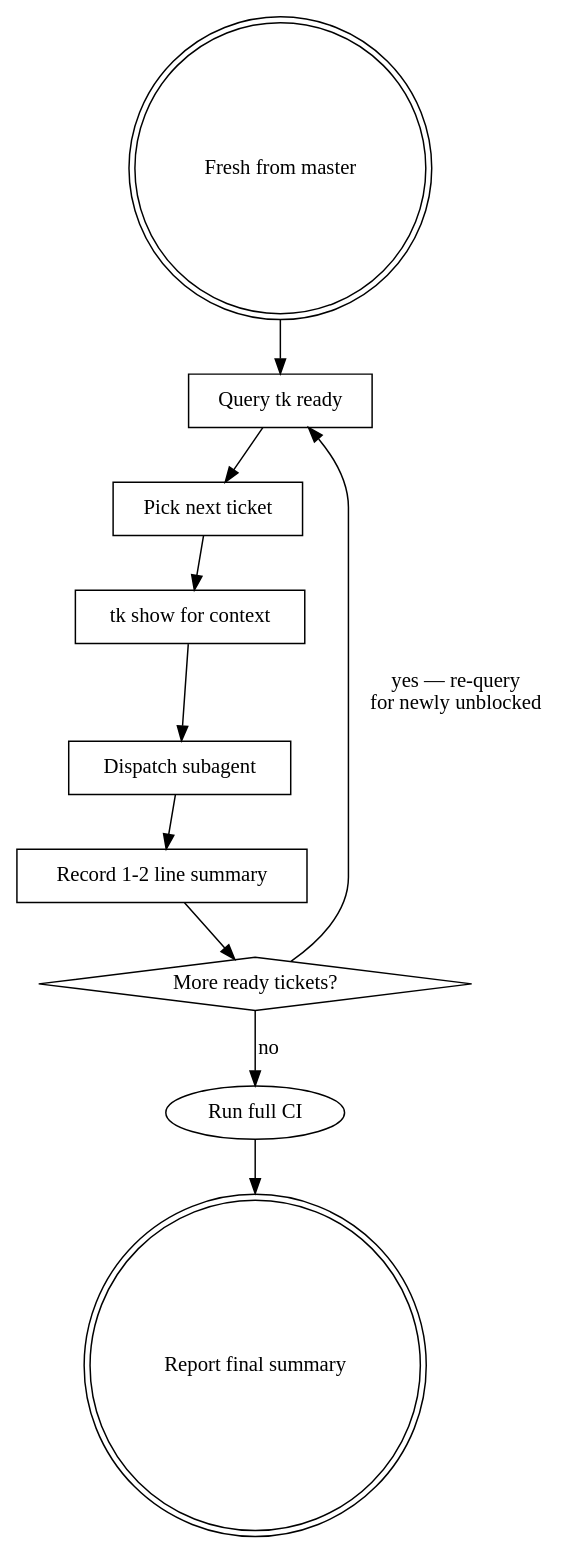
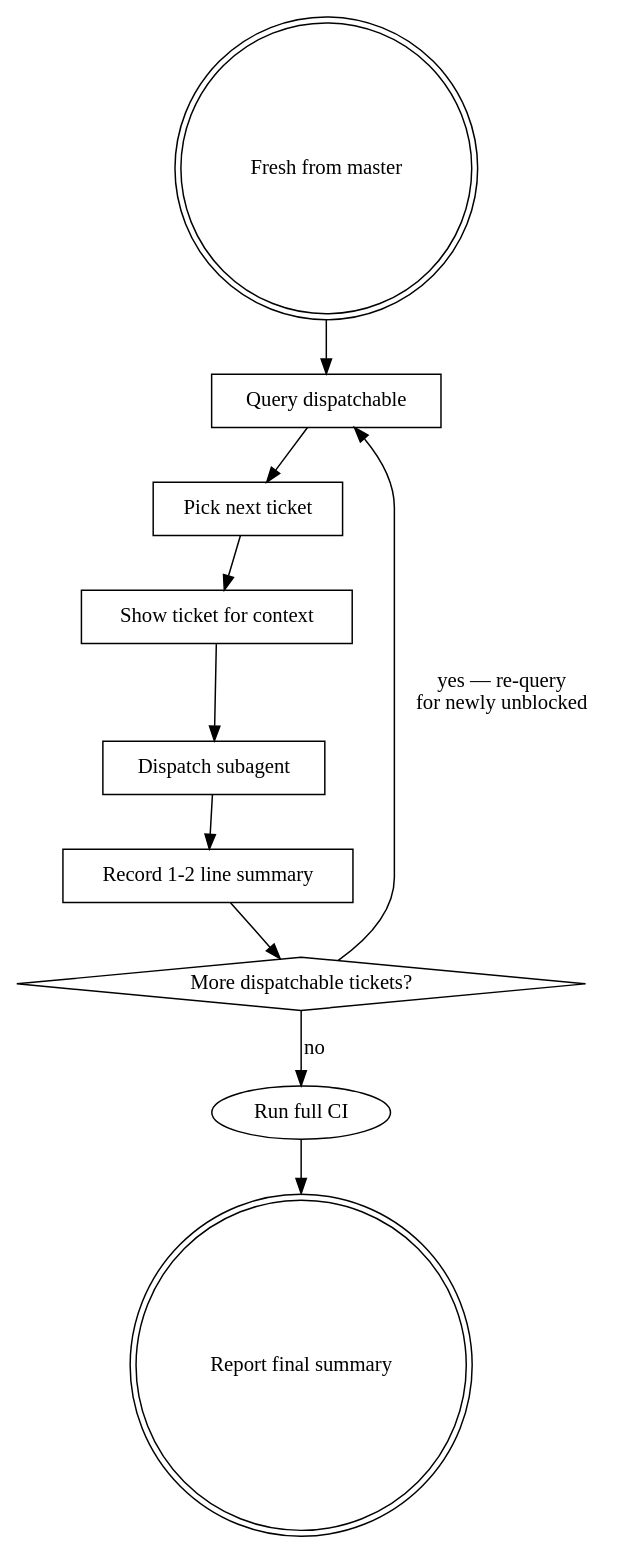
The diagram in containers/claude-worker/all-skills/tk:agents/SKILL.md (cmaher/ur), drawn with Graphviz before and after one commit. The commit also changed other lines of this file and 25 other files, not shown here.

````diff
--- a/containers/claude-worker/all-skills/tk:agents/SKILL.md
+++ b/containers/claude-worker/all-skills/tk:agents/SKILL.md
@@ -40,22 +40,22 @@
 ```dot
 digraph tickets_agents {
     "Fresh from master" [shape=doublecircle];
-    "Query tk ready" [shape=box];
+    "Query dispatchable" [shape=box];
     "Pick next ticket" [shape=box];
-    "tk show for context" [shape=box];
+    "Show ticket for context" [shape=box];
     "Dispatch subagent" [shape=box];
     "Record 1-2 line summary" [shape=box];
-    "More ready tickets?" [shape=diamond];
+    "More dispatchable tickets?" [shape=diamond];
     "Report final summary" [shape=doublecircle];
 
-    "Fresh from master" -> "Query tk ready";
-    "Query tk ready" -> "Pick next ticket";
-    "Pick next ticket" -> "tk show for context";
-    "tk show for context" -> "Dispatch subagent";
+    "Fresh from master" -> "Query dispatchable";
+    "Query dispatchable" -> "Pick next ticket";
+    "Pick next ticket" -> "Show ticket for context";
+    "Show ticket for context" -> "Dispatch subagent";
     "Dispatch subagent" -> "Record 1-2 line summary";
-    "Record 1-2 line summary" -> "More ready tickets?";
-    "More ready tickets?" -> "Query tk ready" [label="yes — re-query\nfor newly unblocked"];
-    "More ready tickets?" -> "Run full CI" [label="no"];
+    "Record 1-2 line summary" -> "More dispatchable tickets?";
+    "More dispatchable tickets?" -> "Query dispatchable" [label="yes — re-query\nfor newly unblocked"];
+    "More dispatchable tickets?" -> "Run full CI" [label="no"];
     "Run full CI" -> "Report final summary";
 }
 ```
````
